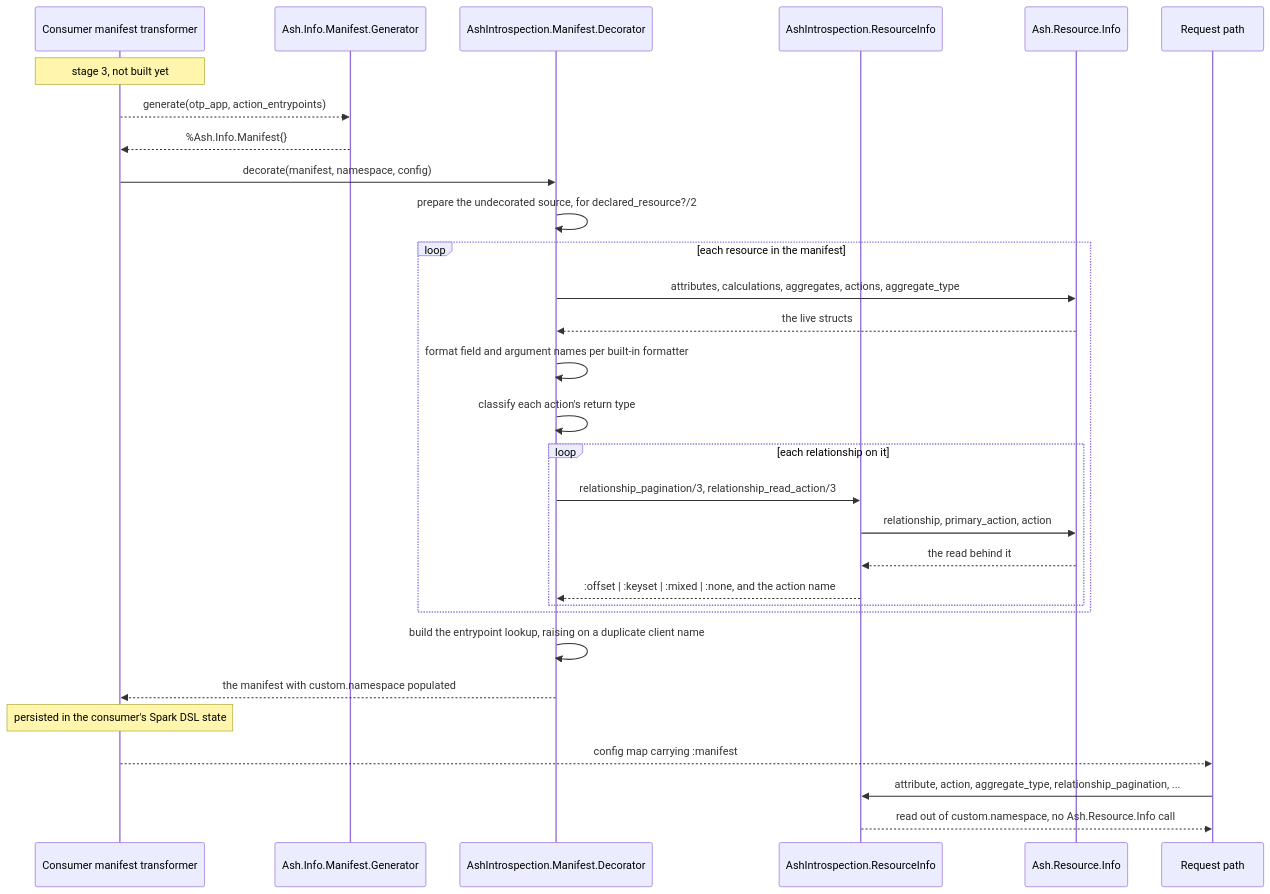
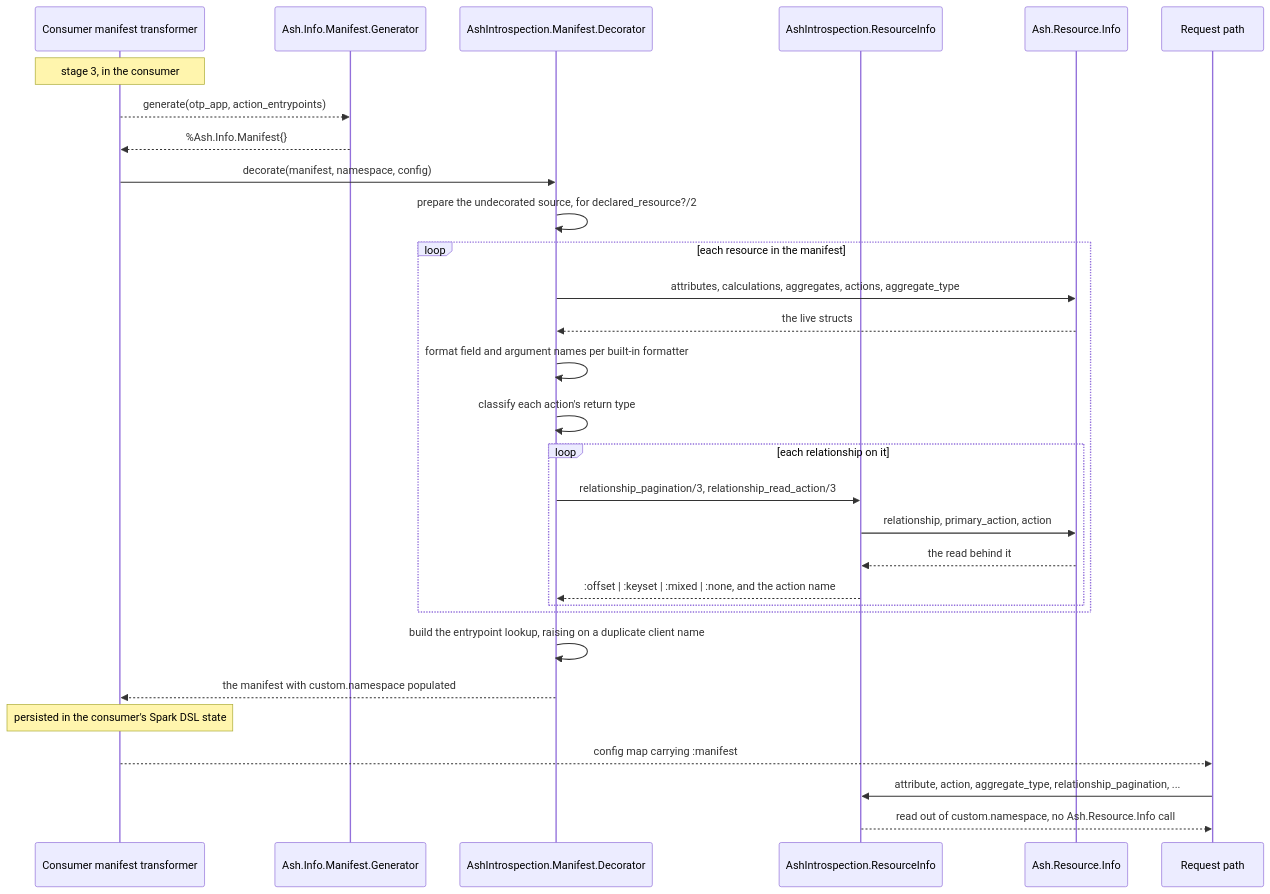
One commit to udin-io/ash_introspection changed the fourth of 5 diagrams in docs/architecture.md. Above: the diagram before and after it, drawn with Mermaid. The commit also changed other lines of this file and 9 other files, not shown here.

````diff
--- a/docs/architecture.md
+++ b/docs/architecture.md
@@ -220,33 +235,33 @@
 ```mermaid
 sequenceDiagram
     participant T as Consumer manifest transformer
     participant G as Ash.Info.Manifest.Generator
     participant D as AshIntrospection.Manifest.Decorator
     participant R as AshIntrospection.ResourceInfo
     participant I as Ash.Resource.Info
     participant P as Request path
 
-    Note over T: stage 3, not built yet
+    Note over T: stage 3, in the consumer
     T-->>G: generate(otp_app, action_entrypoints)
     G-->>T: %Ash.Info.Manifest{}
     T->>D: decorate(manifest, namespace, config)
     D->>D: prepare the undecorated source, for declared_resource?/2
     loop each resource in the manifest
         D->>I: attributes, calculations, aggregates, actions, aggregate_type
         I-->>D: the live structs
         D->>D: format field and argument names per built-in formatter
         D->>D: classify each action's return type
         loop each relationship on it
             D->>R: relationship_pagination/3, relationship_read_action/3
             R->>I: relationship, primary_action, action
             I-->>R: the read behind it
             R-->>D: :offset | :keyset | :mixed | :none, and the action name
         end
     end
     D->>D: build the entrypoint lookup, raising on a duplicate client name
     D-->>T: the manifest with custom.namespace populated
     Note over T: persisted in the consumer's Spark DSL state
     T-->>P: config map carrying :manifest
     P->>R: attribute, action, aggregate_type, relationship_pagination, ...
     R-->>P: read out of custom.namespace, no Ash.Resource.Info call
 ```
````
